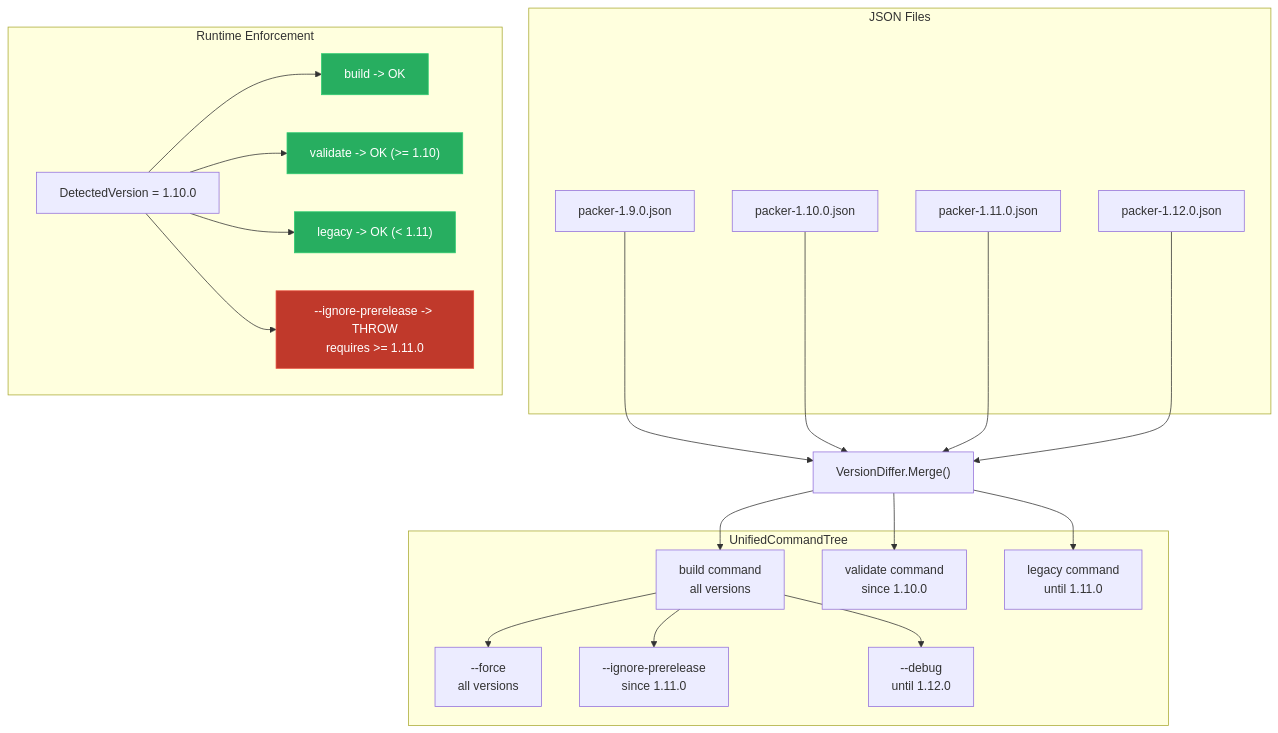
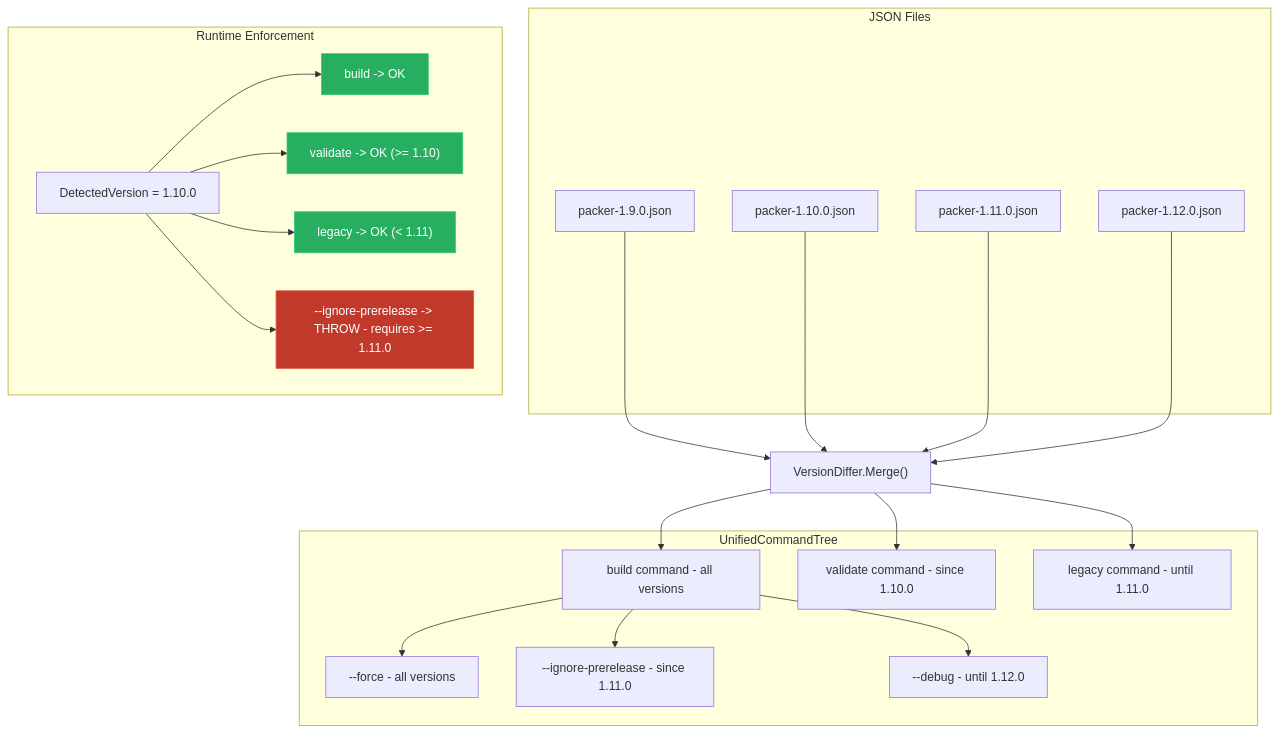
Diagram 13 of 14 in Net/FrenchExDev/BinaryWrapper/doc/ARCHITECTURE.md (FrenchExDev/FrenchExDev), drawn with Mermaid before and after one commit. The commit also changed other lines of this file and 2 other files, not shown here.

Commit message:
fix: mermaid markdown

````diff
--- a/Net/FrenchExDev/BinaryWrapper/doc/ARCHITECTURE.md
+++ b/Net/FrenchExDev/BinaryWrapper/doc/ARCHITECTURE.md
@@ -1048,49 +1048,49 @@
 ```mermaid
 flowchart TD
     subgraph Input["JSON Files"]
         J1["packer-1.9.0.json"]
         J2["packer-1.10.0.json"]
         J3["packer-1.11.0.json"]
         J4["packer-1.12.0.json"]
     end
 
     MERGE["VersionDiffer.Merge()"]
 
     subgraph Unified["UnifiedCommandTree"]
-        CMD_B["build command<br>all versions"]
-        CMD_V["validate command<br>since 1.10.0"]
-        CMD_L["legacy command<br>until 1.11.0"]
-        OPT_F["--force<br>all versions"]
-        OPT_I["--ignore-prerelease<br>since 1.11.0"]
-        OPT_D["--debug<br>until 1.12.0"]
+        CMD_B["build command - all versions"]
+        CMD_V["validate command - since 1.10.0"]
+        CMD_L["legacy command - until 1.11.0"]
+        OPT_F["--force - all versions"]
+        OPT_I["--ignore-prerelease - since 1.11.0"]
+        OPT_D["--debug - until 1.12.0"]
     end
 
     subgraph Runtime["Runtime Enforcement"]
         DET["DetectedVersion = 1.10.0"]
         CHECK1["build -> OK"]
         CHECK2["validate -> OK (>= 1.10)"]
         CHECK3["legacy -> OK (< 1.11)"]
-        CHECK4["--ignore-prerelease -> THROW<br>requires >= 1.11.0"]
+        CHECK4["--ignore-prerelease -> THROW - requires >= 1.11.0"]
     end
 
     J1 --> MERGE
     J2 --> MERGE
     J3 --> MERGE
     J4 --> MERGE
     MERGE --> CMD_B
     MERGE --> CMD_V
     MERGE --> CMD_L
     CMD_B --> OPT_F
     CMD_B --> OPT_I
     CMD_B --> OPT_D
 
     DET --> CHECK1
     DET --> CHECK2
     DET --> CHECK3
     DET --> CHECK4
 
     style CHECK4 fill:#c0392b,stroke:#e74c3c,color:#fff
     style CHECK1 fill:#27ae60,stroke:#2ecc71,color:#fff
     style CHECK2 fill:#27ae60,stroke:#2ecc71,color:#fff
     style CHECK3 fill:#27ae60,stroke:#2ecc71,color:#fff
 ```
````
